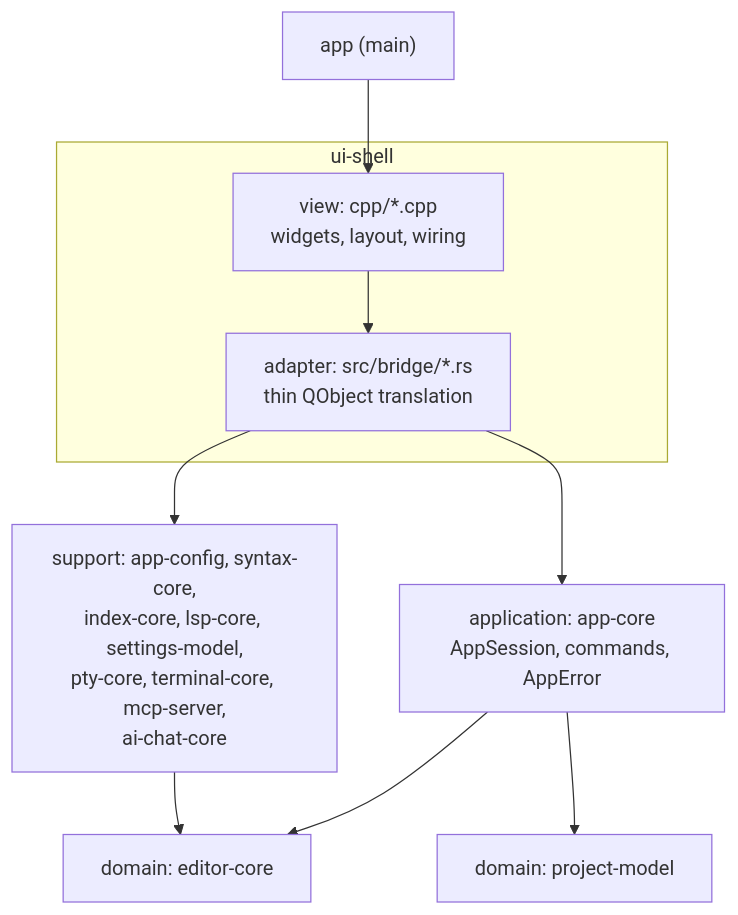
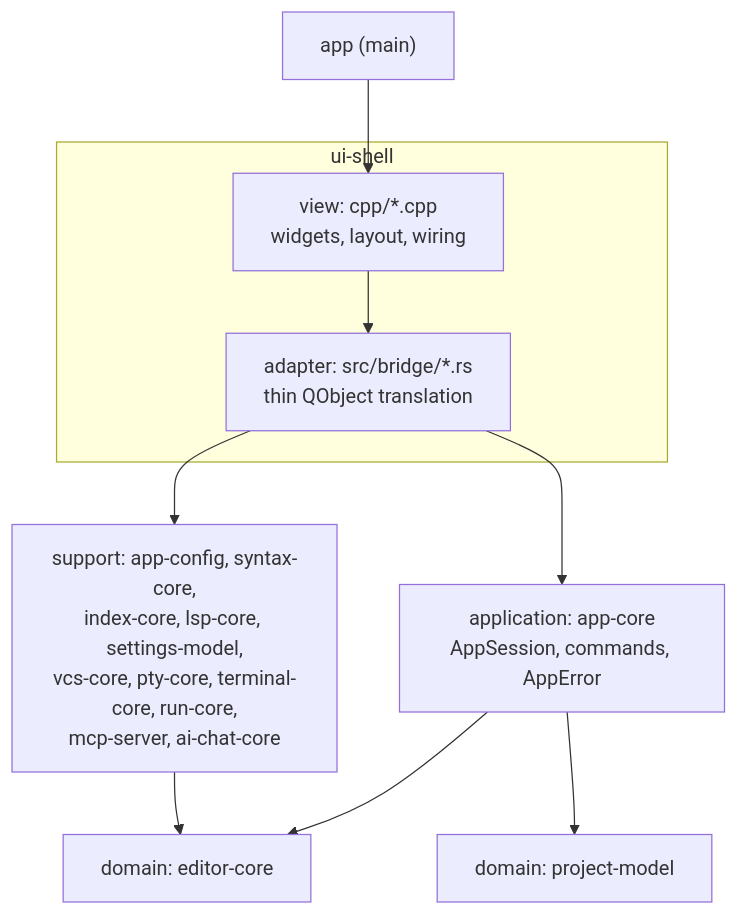
Before and after one commit to floriankraemer/ide: the diagram in docs/architecture/overview.md, drawn with Mermaid. The commit also changed other lines of this file and 10 other files, not shown here.

````diff
--- a/docs/architecture/overview.md
+++ b/docs/architecture/overview.md
@@ -29,12 +29,12 @@
 ```mermaid
 graph TB
     app["app (main)"] --> view
     subgraph uishell["ui-shell"]
         view["view: cpp/*.cpp<br/>widgets, layout, wiring"] --> adapter["adapter: src/bridge/*.rs<br/>thin QObject translation"]
     end
     adapter --> appcore["application: app-core<br/>AppSession, commands, AppError"]
-    adapter --> support["support: app-config, syntax-core,<br/>index-core, lsp-core, settings-model,<br/>pty-core, terminal-core, mcp-server,<br/>ai-chat-core"]
+    adapter --> support["support: app-config, syntax-core,<br/>index-core, lsp-core, settings-model,<br/>vcs-core, pty-core, terminal-core, run-core,<br/>mcp-server, ai-chat-core"]
     appcore --> editorcore["domain: editor-core"]
     appcore --> projectmodel["domain: project-model"]
     support --> editorcore
 ```
````
